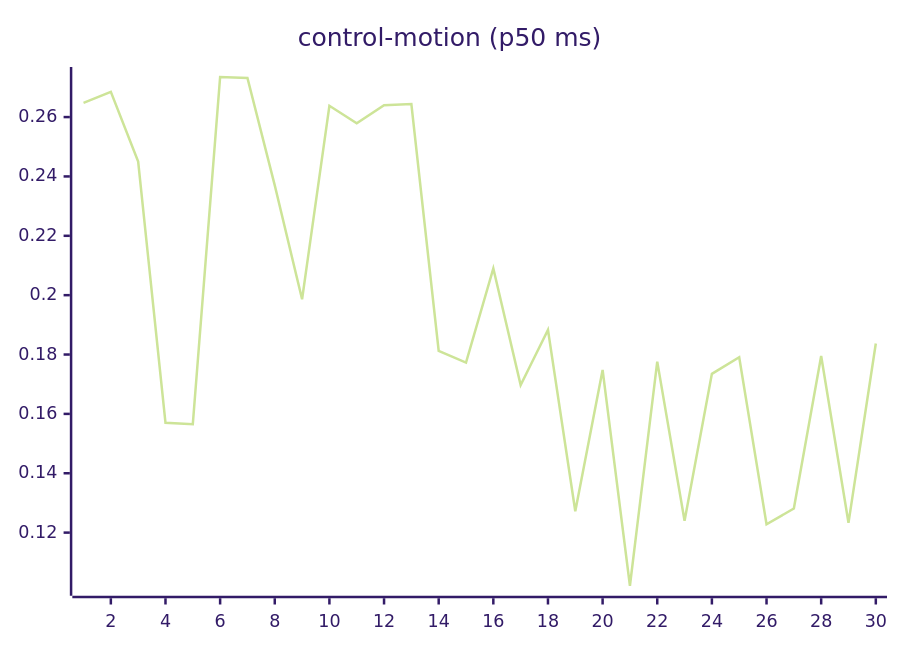
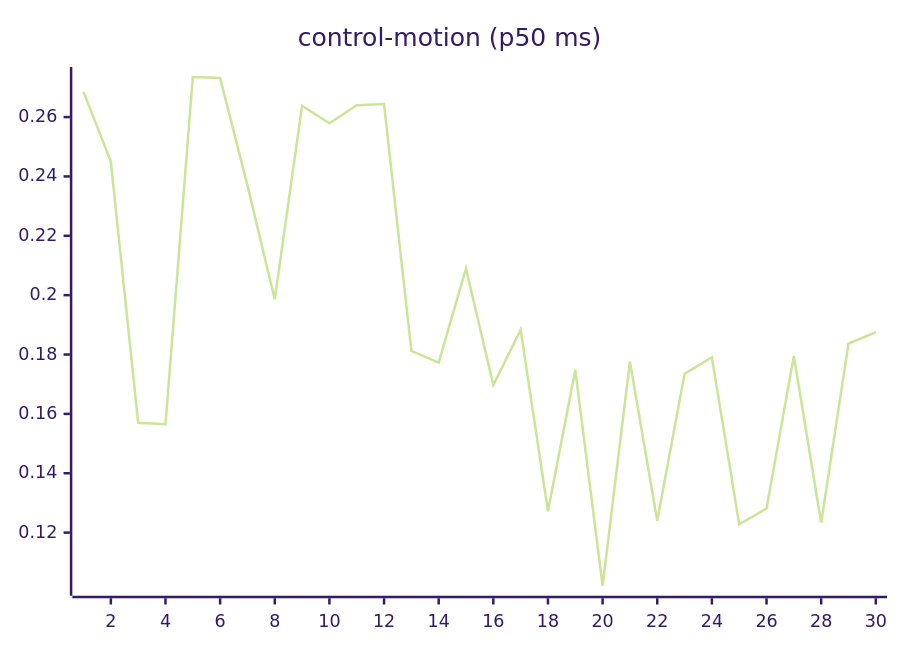
One commit to josha/Facet changed the seventh of 27 diagrams in README.md. Above: the diagram before and after it, drawn with Mermaid (forest theme). The commit also changed other lines of this file and 2 other files, not shown here.

````diff
--- a/README.md
+++ b/README.md
@@ -105,6 +105,6 @@
 ```mermaid
 xychart-beta
     title "control-motion (p50 ms)"
     x-axis 1 --> 30
-    line [0.2648, 0.2685, 0.2450, 0.1570, 0.1565, 0.2735, 0.2732, 0.2370, 0.1986, 0.2638, 0.2579, 0.2640, 0.2644, 0.1812, 0.1773, 0.2090, 0.1697, 0.1883, 0.1272, 0.1748, 0.1021, 0.1776, 0.1240, 0.1735, 0.1791, 0.1228, 0.1281, 0.1795, 0.1233, 0.1837]
+    line [0.2685, 0.2450, 0.1570, 0.1565, 0.2735, 0.2732, 0.2370, 0.1986, 0.2638, 0.2579, 0.2640, 0.2644, 0.1812, 0.1773, 0.2090, 0.1697, 0.1883, 0.1272, 0.1748, 0.1021, 0.1776, 0.1240, 0.1735, 0.1791, 0.1228, 0.1281, 0.1795, 0.1233, 0.1837, 0.1875]
 ```
````
